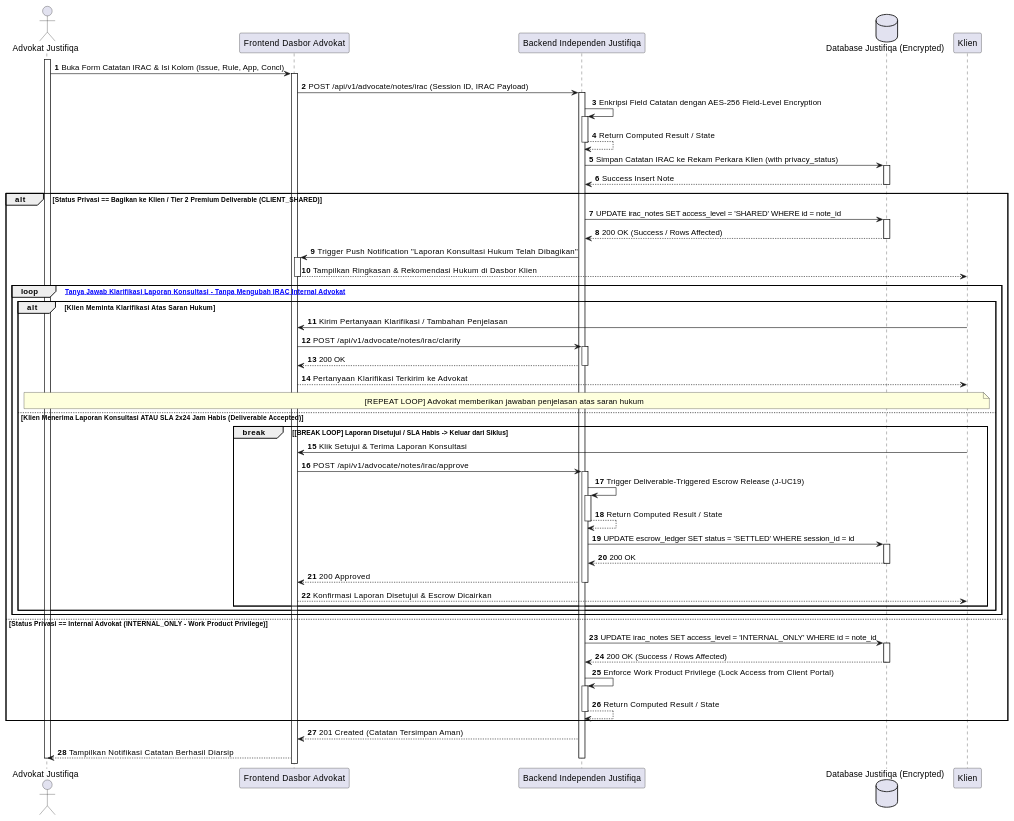
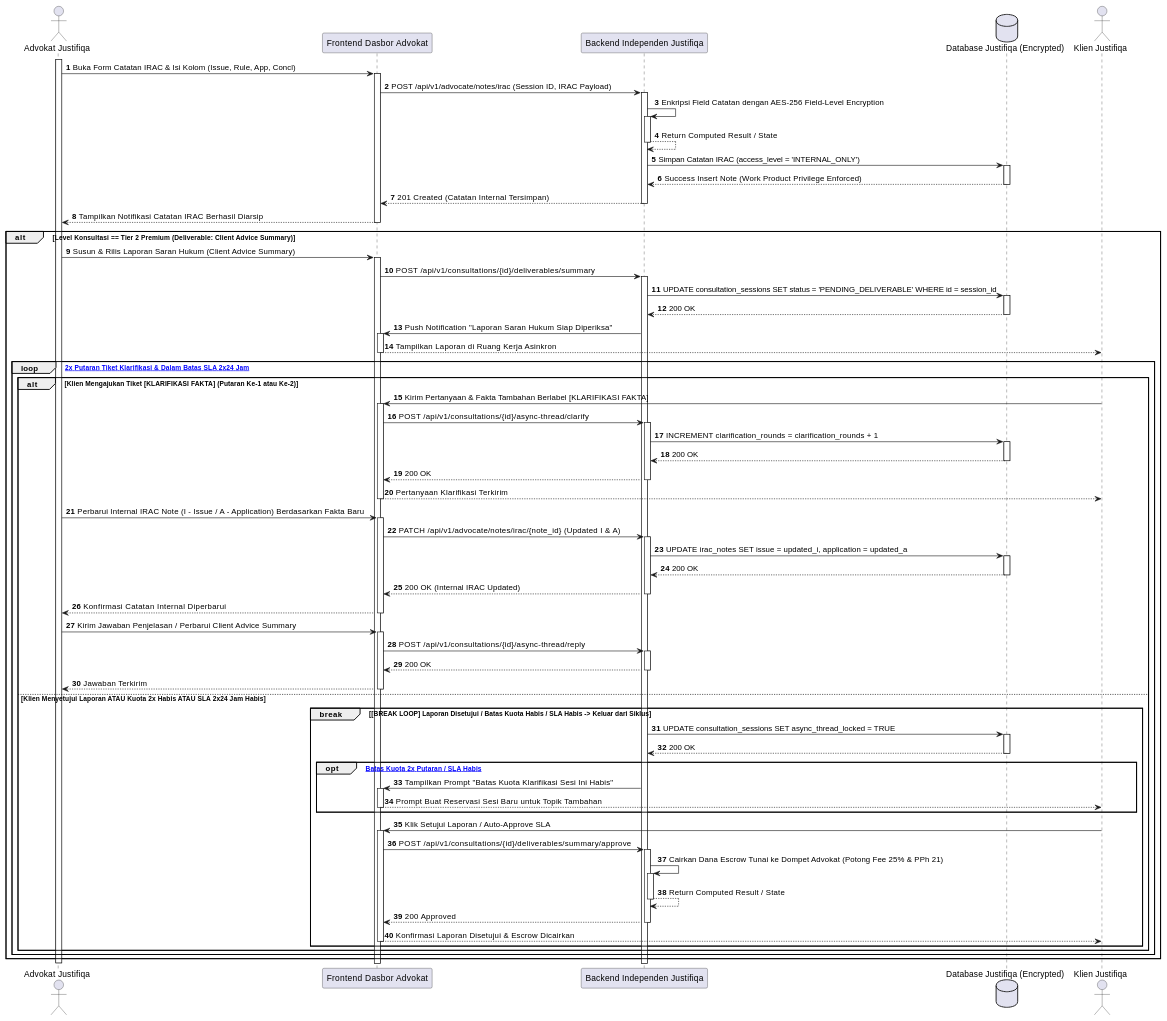
One commit to tupperwureism/SuperApp-Gagal changed the eighth of 28 diagrams in MarkDown/plantuml_sequence_diagrams.md. Above: the diagram before and after it, drawn with PlantUML. The commit also changed 1 other file, not shown here.

Commit message:
feat(uml): update AD/SD J-08 with PATCH endpoint for internal IRAC updates upon client facts clarification and enforce strict 2-round quota / 48h SLA boundary on Asynchronous Thread

````diff
--- a/MarkDown/plantuml_sequence_diagrams.md
+++ b/MarkDown/plantuml_sequence_diagrams.md
@@ -658,56 +658,76 @@
 ```plantuml
 @startuml
 autonumber
 actor "Advokat Justifiqa" as Mitra
 participant "Frontend Dasbor Advokat" as FE
 participant "Backend Independen Justifiqa" as BE
 database "Database Justifiqa (Encrypted)" as DB
+actor "Klien Justifiqa" as Klien
 
 activate Mitra
 Mitra -> FE ++ : Buka Form Catatan IRAC & Isi Kolom (Issue, Rule, App, Concl)
 FE -> BE ++ : POST /api/v1/advocate/notes/irac (Session ID, IRAC Payload)
 BE -> BE ++ : Enkripsi Field Catatan dengan AES-256 Field-Level Encryption
 BE --> BE -- : Return Computed Result / State
-BE -> DB ++ : Simpan Catatan IRAC ke Rekam Perkara Klien (with privacy_status)
-DB --> BE -- : Success Insert Note
+BE -> DB ++ : Simpan Catatan IRAC (access_level = 'INTERNAL_ONLY')
+DB --> BE -- : Success Insert Note (Work Product Privilege Enforced)
+BE --> FE -- : 201 Created (Catatan Internal Tersimpan)
+FE --> Mitra : Tampilkan Notifikasi Catatan IRAC Berhasil Diarsip
+deactivate FE
 
-alt Status Privasi == Bagikan ke Klien / Tier 2 Premium Deliverable (CLIENT_SHARED)
-    BE -> DB ++ : UPDATE irac_notes SET access_level = 'SHARED' WHERE id = note_id
-    DB --> BE -- : 200 OK (Success / Rows Affected)
-    BE -> FE ++ : Trigger Push Notification "Laporan Konsultasi Hukum Telah Dibagikan"
-    FE --> Klien : Tampilkan Ringkasan & Rekomendasi Hukum di Dasbor Klien
+alt Level Konsultasi == Tier 2 Premium (Deliverable: Client Advice Summary)
+    Mitra -> FE ++ : Susun & Rilis Laporan Saran Hukum (Client Advice Summary)
+    FE -> BE ++ : POST /api/v1/consultations/{id}/deliverables/summary
+    BE -> DB ++ : UPDATE consultation_sessions SET status = 'PENDING_DELIVERABLE' WHERE id = session_id
+    DB --> BE -- : 200 OK
+    BE -> FE ++ : Push Notification "Laporan Saran Hukum Siap Diperiksa"
+    FE --> Klien : Tampilkan Laporan di Ruang Kerja Asinkron
     deactivate FE
-    
-    loop [Siklus Tanya Jawab Klarifikasi Laporan Konsultasi - Tanpa Mengubah IRAC Internal Advokat]
-        alt Klien Meminta Klarifikasi Atas Saran Hukum
-            Klien -> FE : Kirim Pertanyaan Klarifikasi / Tambahan Penjelasan
-            FE -> BE ++ : POST /api/v1/advocate/notes/irac/clarify
+
+    loop [Maksimal 2x Putaran Tiket Klarifikasi & Dalam Batas SLA 2x24 Jam]
+        alt Klien Mengajukan Tiket [KLARIFIKASI FAKTA] (Putaran Ke-1 atau Ke-2)
+            Klien -> FE ++ : Kirim Pertanyaan & Fakta Tambahan Berlabel [KLARIFIKASI FAKTA]
+            FE -> BE ++ : POST /api/v1/consultations/{id}/async-thread/clarify
+            BE -> DB ++ : INCREMENT clarification_rounds = clarification_rounds + 1
+            DB --> BE -- : 200 OK
             BE --> FE -- : 200 OK
-            FE --> Klien : Pertanyaan Klarifikasi Terkirim ke Advokat
-            note over Klien, Mitra : [REPEAT LOOP] Advokat memberikan jawaban penjelasan atas saran hukum
-        else Klien Menerima Laporan Konsultasi ATAU SLA 2x24 Jam Habis (Deliverable Accepted)
-            break [BREAK LOOP] Laporan Disetujui / SLA Habis -> Keluar dari Siklus
-                Klien -> FE : Klik Setujui & Terima Laporan Konsultasi
-                FE -> BE ++ : POST /api/v1/advocate/notes/irac/approve
-                BE -> BE ++ : Trigger Deliverable-Triggered Escrow Release (J-UC19)
+            FE --> Klien : Pertanyaan Klarifikasi Terkirim
+            deactivate FE
+            
+            Mitra -> FE ++ : Perbarui Internal IRAC Note (I - Issue / A - Application) Berdasarkan Fakta Baru
+            FE -> BE ++ : PATCH /api/v1/advocate/notes/irac/{note_id} (Updated I & A)
+            BE -> DB ++ : UPDATE irac_notes SET issue = updated_i, application = updated_a
+            DB --> BE -- : 200 OK
+            BE --> FE -- : 200 OK (Internal IRAC Updated)
+            FE --> Mitra : Konfirmasi Catatan Internal Diperbarui
+            deactivate FE
+            
+            Mitra -> FE ++ : Kirim Jawaban Penjelasan / Perbarui Client Advice Summary
+            FE -> BE ++ : POST /api/v1/consultations/{id}/async-thread/reply
+            BE --> FE -- : 200 OK
+            FE --> Mitra : Jawaban Terkirim
+            deactivate FE
+        else Klien Menyetujui Laporan ATAU Kuota 2x Habis ATAU SLA 2x24 Jam Habis
+            break [BREAK LOOP] Laporan Disetujui / Batas Kuota Habis / SLA Habis -> Keluar dari Siklus
+                BE -> DB ++ : UPDATE consultation_sessions SET async_thread_locked = TRUE
+                DB --> BE -- : 200 OK
+                opt [Jika Batas Kuota 2x Putaran / SLA Habis]
+                    BE -> FE ++ : Tampilkan Prompt "Batas Kuota Klarifikasi Sesi Ini Habis"
+                    FE --> Klien : Prompt Buat Reservasi Sesi Baru untuk Topik Tambahan
+                    deactivate FE
+                end
+                Klien -> FE ++ : Klik Setujui Laporan / Auto-Approve SLA
+                FE -> BE ++ : POST /api/v1/consultations/{id}/deliverables/summary/approve
+                BE -> BE ++ : Cairkan Dana Escrow Tunai ke Dompet Advokat (Potong Fee 25% & PPh 21)
                 BE --> BE -- : Return Computed Result / State
-                BE -> DB ++ : UPDATE escrow_ledger SET status = 'SETTLED' WHERE session_id = id
-                DB --> BE -- : 200 OK
                 BE --> FE -- : 200 Approved
                 FE --> Klien : Konfirmasi Laporan Disetujui & Escrow Dicairkan
+                deactivate FE
             end
         end
     end
-else Status Privasi == Internal Advokat (INTERNAL_ONLY - Work Product Privilege)
-    BE -> DB ++ : UPDATE irac_notes SET access_level = 'INTERNAL_ONLY' WHERE id = note_id
-    DB --> BE -- : 200 OK (Success / Rows Affected)
-    BE -> BE ++ : Enforce Work Product Privilege (Lock Access from Client Portal)
-    BE --> BE -- : Return Computed Result / State
 end
 
-BE --> FE : 201 Created (Catatan Tersimpan Aman)
-FE --> Mitra : Tampilkan Notifikasi Catatan Berhasil Diarsip
-deactivate BE
 deactivate Mitra
 @enduml
 ```
````
